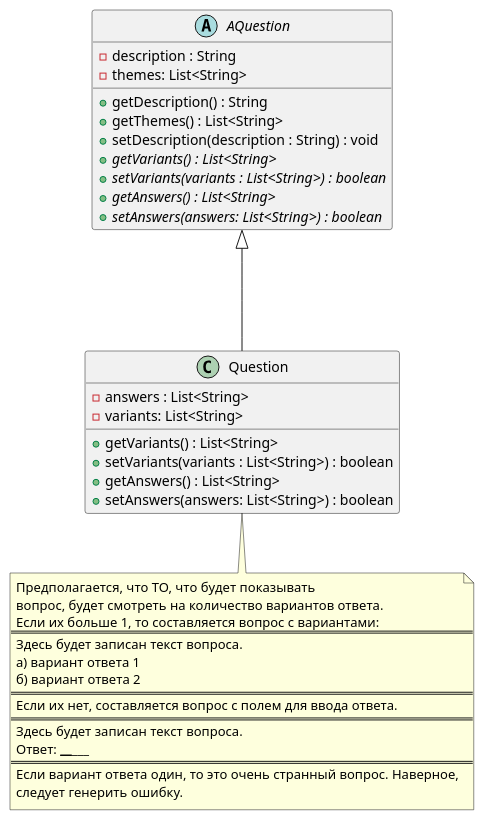
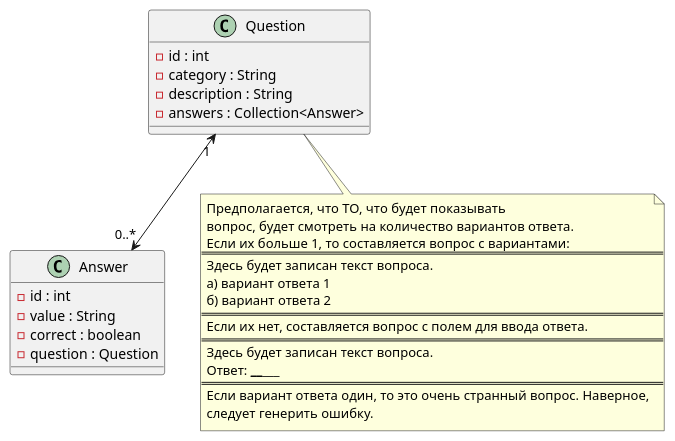
The diagram in diags/classes/questions.puml (earring/testgenerator), drawn with PlantUML before and after one commit. The commit also changed 7 other files, not shown here.

Commit message:
#30 рефакторинг кода, доработка фасада БД, переработка диаграмм классов под изменения

```diff
--- a/diags/classes/questions.puml
+++ b/diags/classes/questions.puml
@@ -1,44 +1,37 @@
 @startuml
 
-abstract AQuestion{
-    -description : String
-    -themes: List<String>
-    +getDescription() : String
-    +getThemes() : List<String>
-    +setDescription(description : String) : void
-    +{abstract}getVariants() : List<String>
-    +{abstract}setVariants(variants : List<String>) : boolean
-    +{abstract}getAnswers() : List<String>
-    +{abstract}setAnswers(answers: List<String>) : boolean
+class Question {
+    - id : int
+    - category : String
+    - description : String
+    - answers : Collection<Answer>
 }
 
-class Question{
-    -answers : List<String>
-    -variants: List<String>
-    +getVariants() : List<String>
-    +setVariants(variants : List<String>) : boolean
-    +getAnswers() : List<String>
-    +setAnswers(answers: List<String>) : boolean
+class Answer {
+        - id : int
+        - value : String
+        - correct : boolean
+        - question : Question
 }
 
-Question -up--|> AQuestion
+Question "1" <--> "0..*" Answer
 
 note bottom of Question
     Предполагается, что ТО, что будет показывать
     вопрос, будет смотреть на количество вариантов ответа.
     Если их больше 1, то составляется вопрос с вариантами:
     ==
     Здесь будет записан текст вопроса.
     а) вариант ответа 1
     б) вариант ответа 2
     ==
     Если их нет, составляется вопрос с полем для ввода ответа.
     ==
     Здесь будет записан текст вопроса.
     Ответ: _____________
     ==
     Если вариант ответа один, то это очень странный вопрос. Наверное,
     следует генерить ошибку.
 end note
 
 @enduml
```
